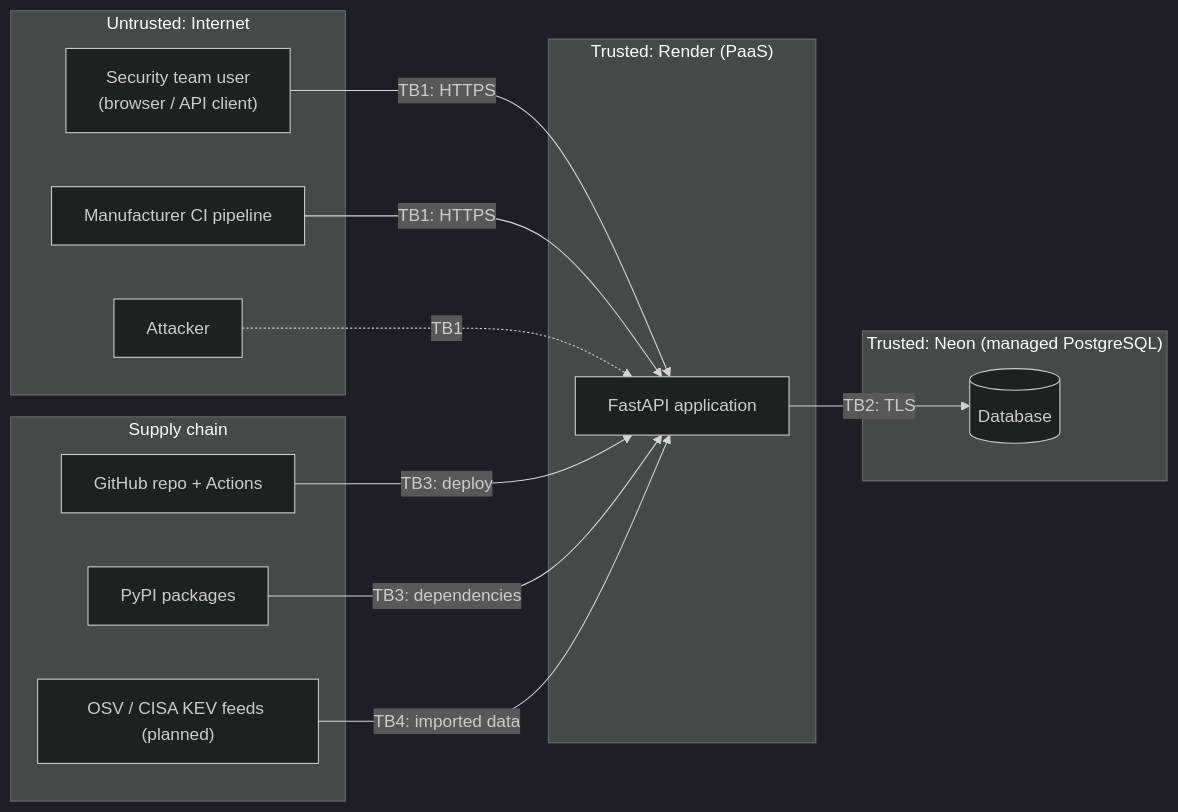
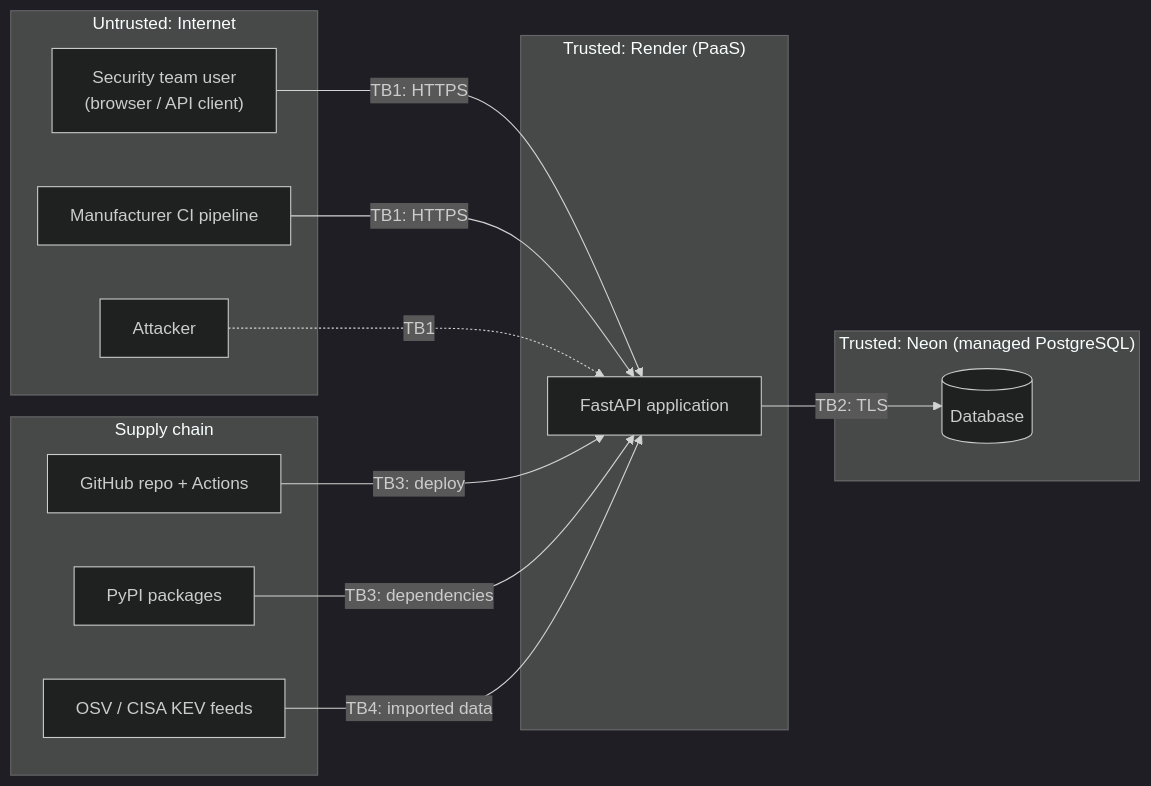
The diagram in docs/threat-model.md (eterna09/sbom-tracker), drawn with Mermaid (dark theme) before and after one commit. The commit also changed other lines of this file and 1 other file, not shown here.

````diff
--- a/docs/threat-model.md
+++ b/docs/threat-model.md
@@ -9,30 +9,30 @@
 ```mermaid
 flowchart LR
     subgraph Internet["Untrusted: Internet"]
         Analyst["Security team user<br/>(browser / API client)"]
         CI["Manufacturer CI pipeline"]
         Attacker["Attacker"]
     end
 
     subgraph Render["Trusted: Render (PaaS)"]
         API["FastAPI application"]
     end
 
     subgraph Neon["Trusted: Neon (managed PostgreSQL)"]
         DB[("Database")]
     end
 
     subgraph Supply["Supply chain"]
         GH["GitHub repo + Actions"]
         PyPI["PyPI packages"]
-        Feeds["OSV / CISA KEV feeds (planned)"]
+        Feeds["OSV / CISA KEV feeds"]
     end
 
     Analyst -- "TB1: HTTPS" --> API
     CI -- "TB1: HTTPS" --> API
     Attacker -. "TB1" .-> API
     API -- "TB2: TLS" --> DB
     GH -- "TB3: deploy" --> API
     PyPI -- "TB3: dependencies" --> API
     Feeds -- "TB4: imported data" --> API
 ```
````
